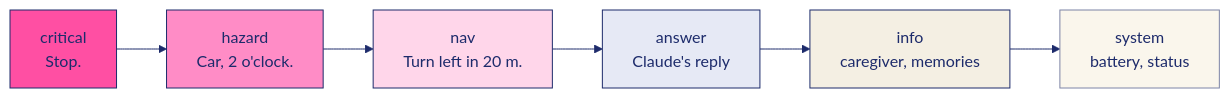
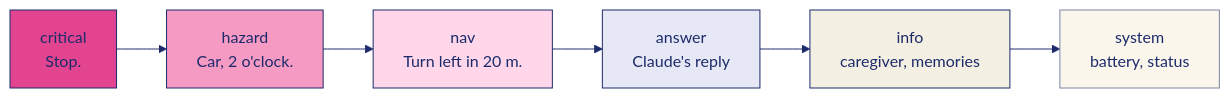
One commit to KingArthur207/kite changed the fourth of 5 diagrams in README.md. Above: the diagram before and after it, drawn with Mermaid. The commit also changed other lines of this file and 11 other files, not shown here.

````diff
--- a/README.md
+++ b/README.md
@@ -205,12 +205,12 @@
 ```mermaid
-%%{init: {'theme':'base','themeVariables':{'primaryColor':'#FAF6EC','primaryTextColor':'#1D2B6B','primaryBorderColor':'#1D2B6B','lineColor':'#1D2B6B','secondaryColor':'#FFD6EA','tertiaryColor':'#F4EFE3','clusterBkg':'#FBF8F1','clusterBorder':'#1D2B6B','edgeLabelBackground':'#FFD6EA','actorBkg':'#FAF6EC','actorBorder':'#1D2B6B','actorTextColor':'#1D2B6B','signalColor':'#1D2B6B','signalTextColor':'#1D2B6B','noteBkgColor':'#FFD6EA','noteBorderColor':'#FF4FA3','noteTextColor':'#1D2B6B','labelBoxBkgColor':'#FFD6EA','labelBoxBorderColor':'#FF4FA3','sequenceNumberColor':'#FFFFFF','activationBkgColor':'#FFD6EA'}}}%%
+%%{init: {'theme':'base','themeVariables':{'primaryColor':'#FAF6EC','primaryTextColor':'#1D2B6B','primaryBorderColor':'#1D2B6B','lineColor':'#1D2B6B','secondaryColor':'#FFD6EA','tertiaryColor':'#F4EFE3','clusterBkg':'#FBF8F1','clusterBorder':'#1D2B6B','edgeLabelBackground':'#FFD6EA','actorBkg':'#FAF6EC','actorBorder':'#1D2B6B','actorTextColor':'#1D2B6B','signalColor':'#1D2B6B','signalTextColor':'#1D2B6B','noteBkgColor':'#FFD6EA','noteBorderColor':'#E2448F','noteTextColor':'#1D2B6B','labelBoxBkgColor':'#FFD6EA','labelBoxBorderColor':'#E2448F','sequenceNumberColor':'#FFFFFF','activationBkgColor':'#FFD6EA'}}}%%
 flowchart LR
   classDef p fill:#FAF6EC,stroke:#1D2B6B,color:#1D2B6B
   c["critical<br/>Stop."]:::p --> h["hazard<br/>Car, 2 o'clock."]:::p --> n["nav<br/>Turn left in 20 m."]:::p --> a["answer<br/>Claude's reply"]:::p --> i["info<br/>caregiver, memories"]:::p --> s["system<br/>battery, status"]:::p
-  style c fill:#FF4FA3,stroke:#1D2B6B
-  style h fill:#FF8CC6,stroke:#1D2B6B
+  style c fill:#E2448F,stroke:#1D2B6B
+  style h fill:#F49AC3,stroke:#1D2B6B
   style n fill:#FFD6EA,stroke:#1D2B6B
   style a fill:#E6E9F5,stroke:#1D2B6B
   style i fill:#F4EFE3,stroke:#1D2B6B
   style s fill:#FAF6EC,stroke:#7D84A6
 ```
````
